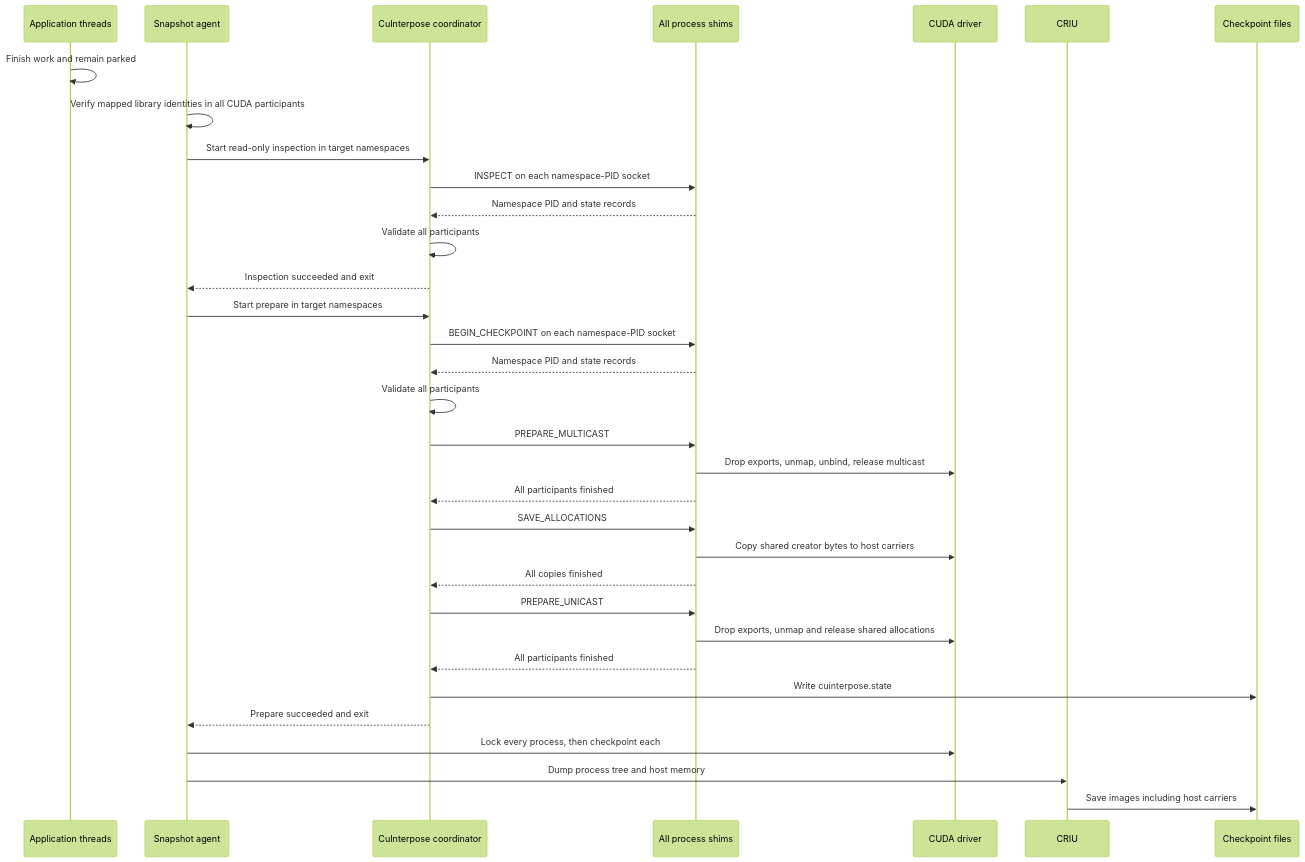
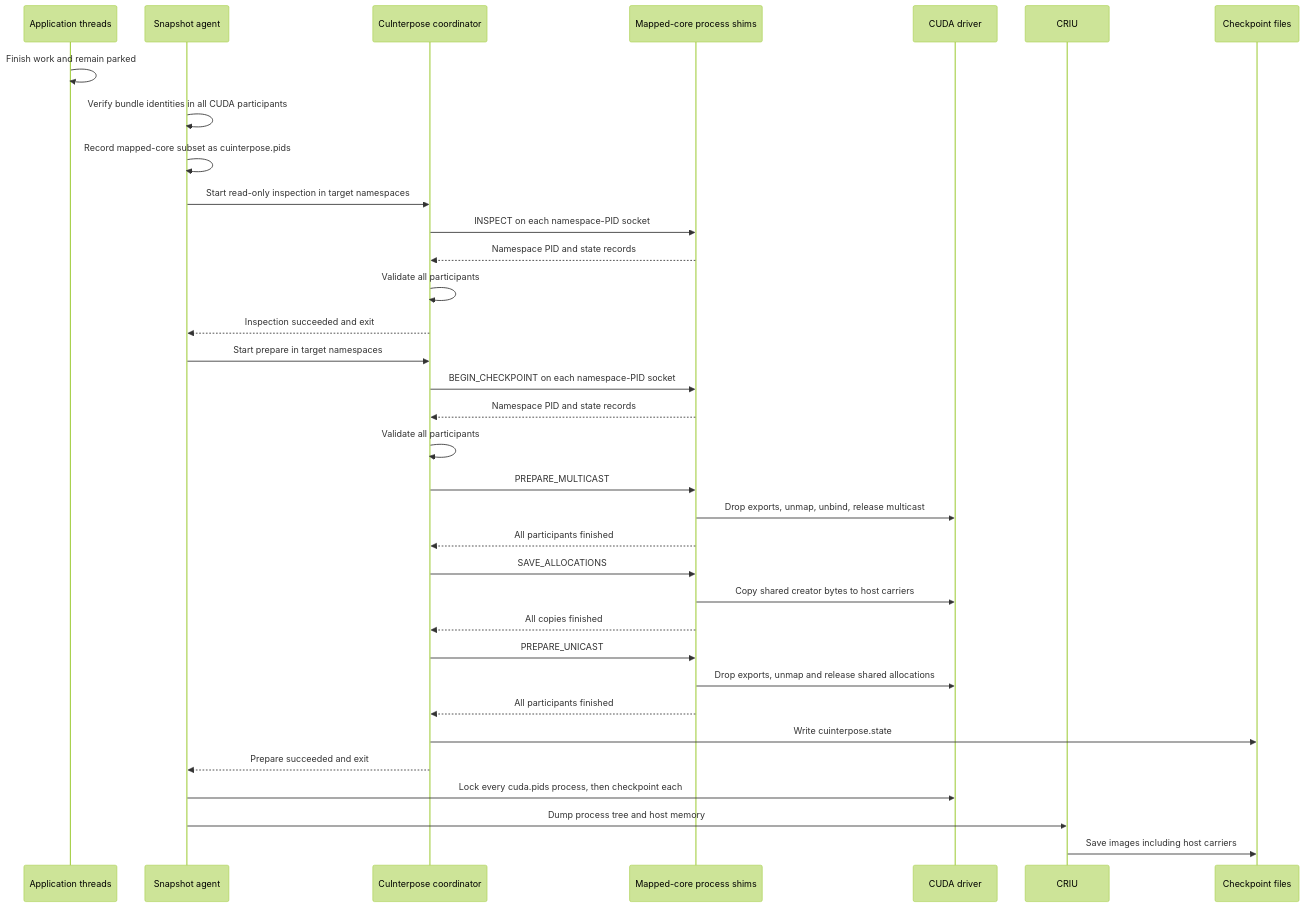
One commit to ai-dynamo/snapshot changed the fourth of 5 diagrams in docs/proposals/295-cuinterpose/README.md. Above: the diagram before and after it, drawn with Mermaid (forest theme). The commit also changed other lines of this file and 2 other files, not shown here.

Commit message:
docs(cuinterpose): distinguish native and coordinator participants

````diff
--- a/docs/proposals/295-cuinterpose/README.md
+++ b/docs/proposals/295-cuinterpose/README.md
@@ -699,35 +713,36 @@
 ```mermaid
 sequenceDiagram
     participant App as Application threads
     participant Agent as Snapshot agent
     participant Coord as CuInterpose coordinator
-    participant Shims as All process shims
+    participant Shims as Mapped-core process shims
     participant CUDA as CUDA driver
     participant CRIU as CRIU
     participant Files as Checkpoint files
     App->>App: Finish work and remain parked
-    Agent->>Agent: Verify mapped library identities in all CUDA participants
+    Agent->>Agent: Verify bundle identities in all CUDA participants
+    Agent->>Agent: Record mapped-core subset as cuinterpose.pids
     Agent->>Coord: Start read-only inspection in target namespaces
     Coord->>Shims: INSPECT on each namespace-PID socket
     Shims-->>Coord: Namespace PID and state records
     Coord->>Coord: Validate all participants
     Coord-->>Agent: Inspection succeeded and exit
     Agent->>Coord: Start prepare in target namespaces
     Coord->>Shims: BEGIN_CHECKPOINT on each namespace-PID socket
     Shims-->>Coord: Namespace PID and state records
     Coord->>Coord: Validate all participants
     Coord->>Shims: PREPARE_MULTICAST
     Shims->>CUDA: Drop exports, unmap, unbind, release multicast
     Shims-->>Coord: All participants finished
     Coord->>Shims: SAVE_ALLOCATIONS
     Shims->>CUDA: Copy shared creator bytes to host carriers
     Shims-->>Coord: All copies finished
     Coord->>Shims: PREPARE_UNICAST
     Shims->>CUDA: Drop exports, unmap and release shared allocations
     Shims-->>Coord: All participants finished
     Coord->>Files: Write cuinterpose.state
     Coord-->>Agent: Prepare succeeded and exit
-    Agent->>CUDA: Lock every process, then checkpoint each
+    Agent->>CUDA: Lock every cuda.pids process, then checkpoint each
     Agent->>CRIU: Dump process tree and host memory
     CRIU->>Files: Save images including host carriers
 ```
````
